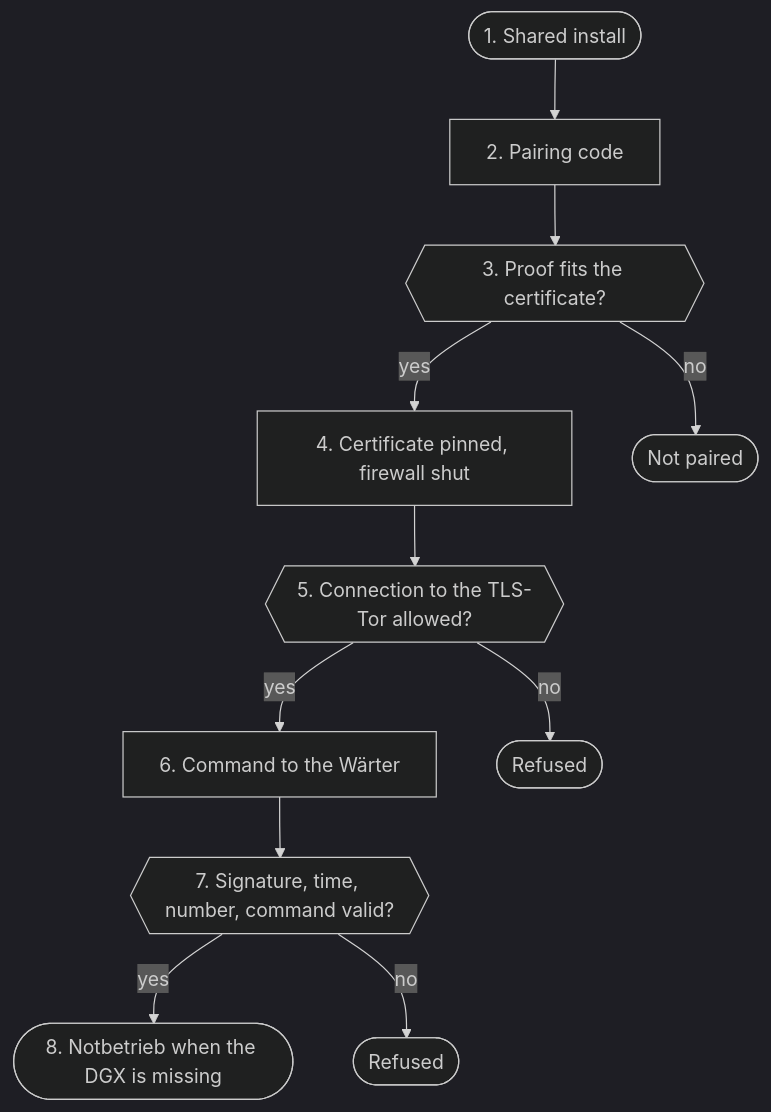
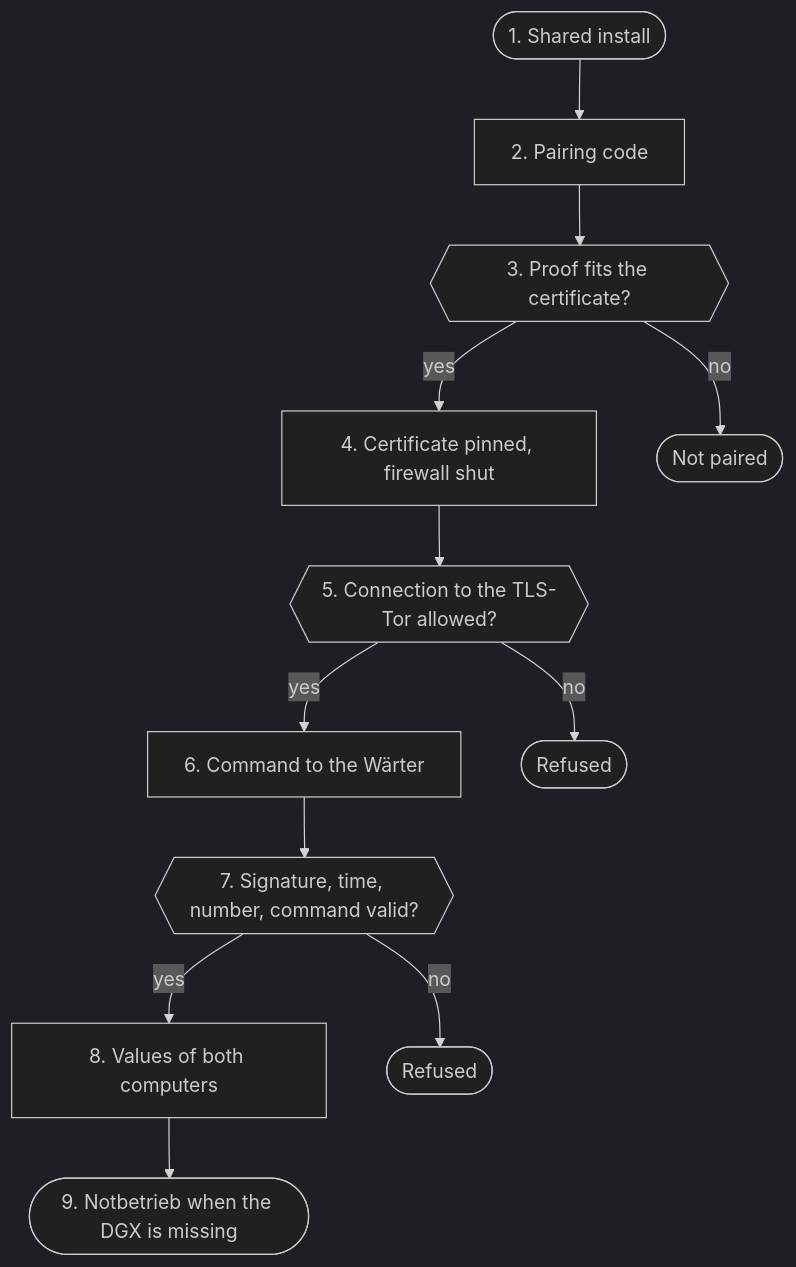
Before and after one commit to db9979/speech-on-dgx-spark: diagram 22 of 26 in docs/en/architecture.md, drawn with Mermaid (dark theme). The commit also changed other lines of this file and 33 other files, not shown here.

````diff
--- a/docs/en/architecture.md
+++ b/docs/en/architecture.md
@@ -2838,24 +2840,26 @@
 ```mermaid
 flowchart TD
   s1(["1. Shared install"])
   s2["2. Pairing code"]
   s3{{"3. Proof fits the certificate?"}}
   s4["4. Certificate pinned, firewall shut"]
   s5{{"5. Connection to the TLS-Tor allowed?"}}
   s6["6. Command to the Wärter"]
   s7{{"7. Signature, time, number, command valid?"}}
-  s8(["8. Notbetrieb when the DGX is missing"])
+  s9["8. Values of both computers"]
+  s8(["9. Notbetrieb when the DGX is missing"])
   s1 --> s2
   s2 --> s3
   s3 -->|yes| s4
   s4 --> s5
   s5 -->|yes| s6
   s6 --> s7
-  s7 -->|yes| s8
+  s7 -->|yes| s9
+  s9 --> s8
   s3x(["Not paired"])
   s3 -->|no| s3x
   s5x(["Refused"])
   s5 -->|no| s5x
   s7x(["Refused"])
   s7 -->|no| s7x
 ```
````
